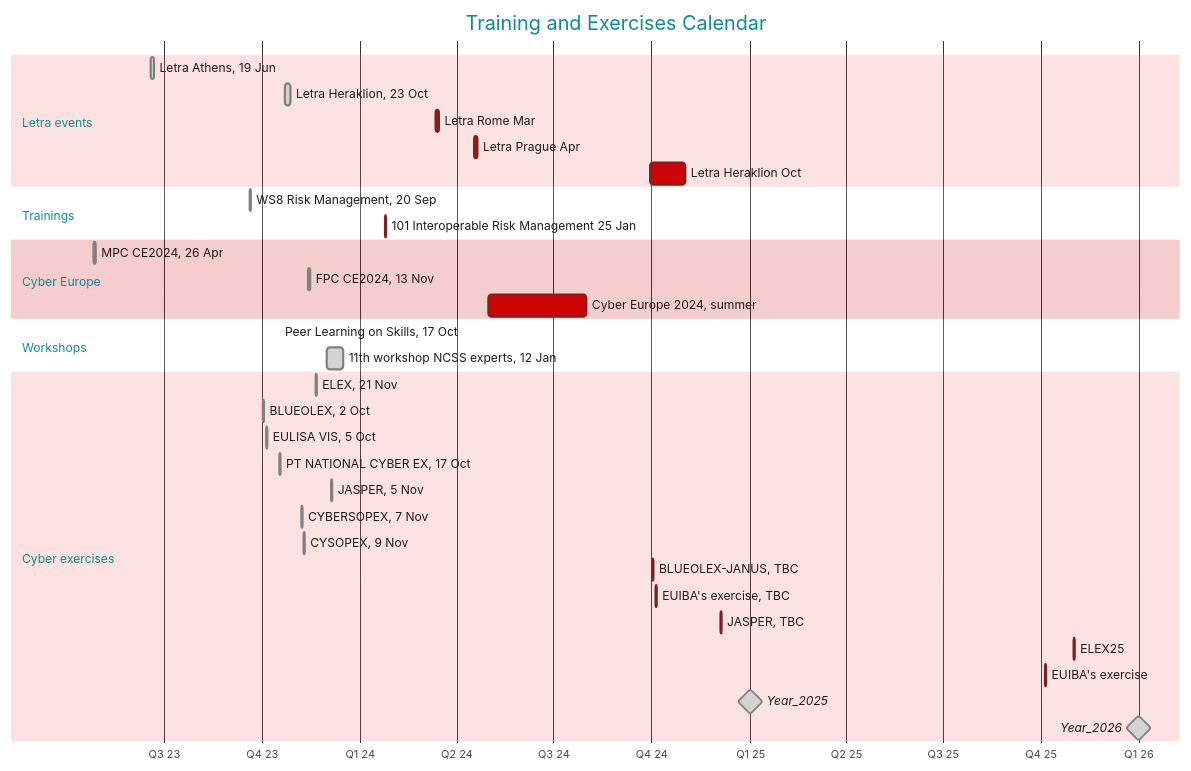
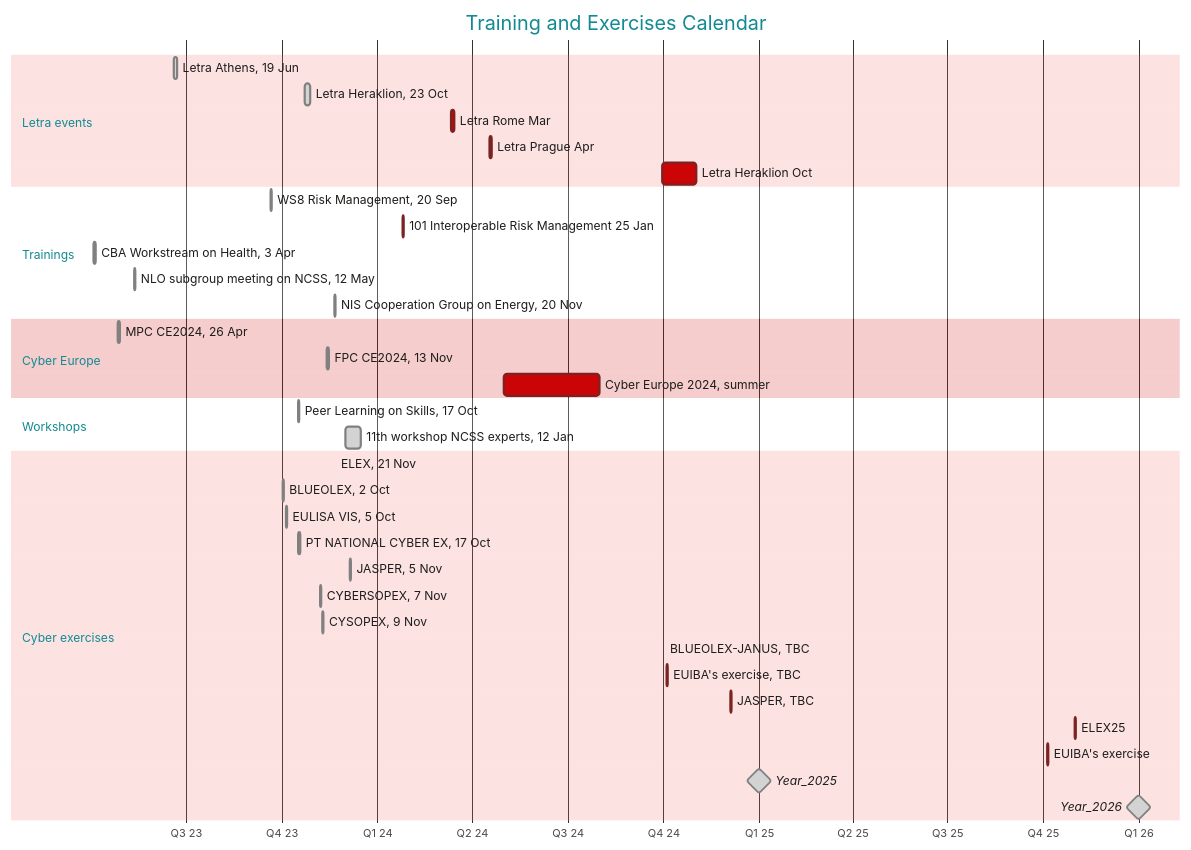
One commit to ENISA-Exercises/Public01 changed the second of 2 diagrams in README.md. Above: the diagram before and after it, drawn with Mermaid. The commit also changed other lines of this file, not shown here.

````diff
--- a/README.md
+++ b/README.md
@@ -71,56 +74,59 @@
 ```mermaid
 %%{
   init: {
     'theme': 'base',
     'themeVariables': {
       'darkmode': 'false',
       'fontFamily': 'Arial',
       'background':	'#EBEBEB',
       'primaryColor': '#CB0505',
       'primaryTextColor': '#1D1D1B',
       'secondaryColor': '#004F9F',
       'tertiaryColor': '#EE756D',
       'lineColor': '#1D1D1B'
     }
   }
 }%%
 gantt
   title Training and Exercises Calendar
   dateFormat YYYY-MM-DD %%Input date format. The default input date format is YYYY-MM-DD
   axisFormat Q%q %y
   tickInterval 3month
 %%displayed gantt bar info
   section Letra events
     Letra Athens, 19 Jun: done, Letra202306, 2023-06-19, 3d
     Letra Heraklion, 23 Oct: done, Letra202310, 2023-10-23, 5d
     Letra Rome Mar: Training45363, 2024-03-12, 3d
     Letra Prague Apr: Training45399, 2024-04-17, 3d
     Letra Heraklion Oct: Training45565, 2024-09-30, 33d
   section Trainings
     WS8 Risk Management, 20 Sep: done, TRAINING45189, 2023-09-20, 1d
     101 Interoperable Risk Management 25 Jan: virtual_workshop45316, 2024-01-25, 1d
+    CBA Workstream on Health, 3 Apr: done, 2023-04-03, 2d
+    NLO subgroup meeting on NCSS, 12 May: done, 2023-05-12, 1d
+    NIS Cooperation Group on Energy, 20 Nov: done, 2023-11-20, 1d
   section Cyber Europe
     MPC CE2024, 26 Apr: done, Conference45042, 2023-04-26, 2d
     FPC CE2024, 13 Nov: done, CONFERENCE45243, 2023-11-13, 2d
     Cyber Europe 2024, summer: Exercise45413, 2024-05-01, 92d
   section Workshops
     Peer Learning on Skills, 17 Oct: done, physical_workshop45216, 2023-10-17, 1d
     11th workshop NCSS experts, 12 Jan: done, virtual_workshop45261, 2023-12-01, 15d
   section Cyber exercises
     ELEX, 21 Nov: done, ELEX2023, 2023-11-21, 1d
     BLUEOLEX, 2 Oct: done, EXERCISE45201, 2023-10-02, 1d
     EULISA VIS, 5 Oct: done, EXERCISE45204, 2023-10-05, 1d
     PT NATIONAL CYBER EX, 17 Oct: done, EXERCISE45216, 2023-10-17, 2d
     JASPER, 5 Nov: done, EXERCISE45265, 2023-12-05, 1d
     CYBERSOPEX, 7 Nov: done, EXERCISE45237, 2023-11-07, 1d
     CYSOPEX, 9 Nov: done, EXERCISE45239, 2023-11-09, 1d
     BLUEOLEX-JANUS, TBC: Exercise45567, 2024-10-02, 1d
     EUIBA's exercise, TBC: Exercise45570, 2024-10-05, 1d
     JASPER, TBC: Exercise45631, 2024-12-05, 1d
     ELEX25: Exercise45962, 2025-11-01, 1d
     EUIBA's exercise: Exercise45204, 2025-10-05, 1d
 %%  Year_2023: done, milestone, Year23, 2023-01-01, 0d
 %%  Year_2024: done, milestone, Year24, 2024-01-01, 0d
 Year_2025: done, milestone, Year25, 2025-01-01, 0d
 Year_2026: done, milestone, Year26, 2026-01-01, 0d
 ```
````
